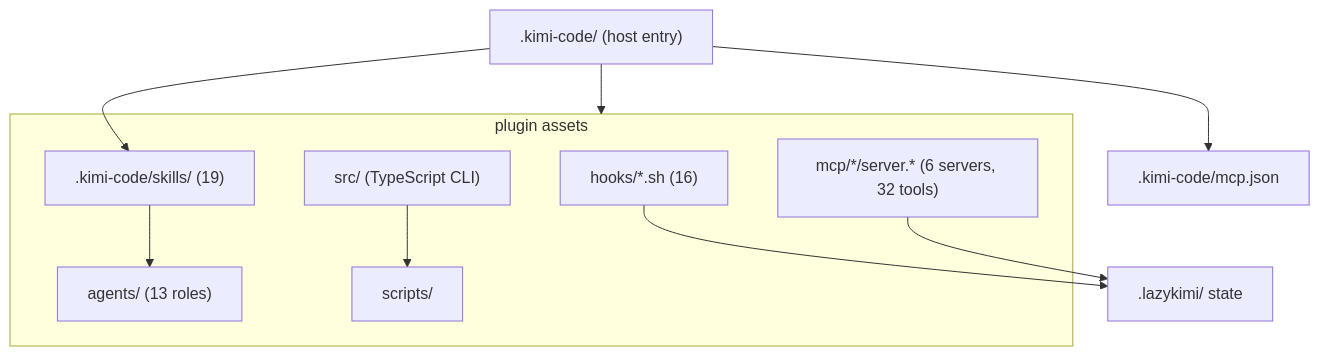
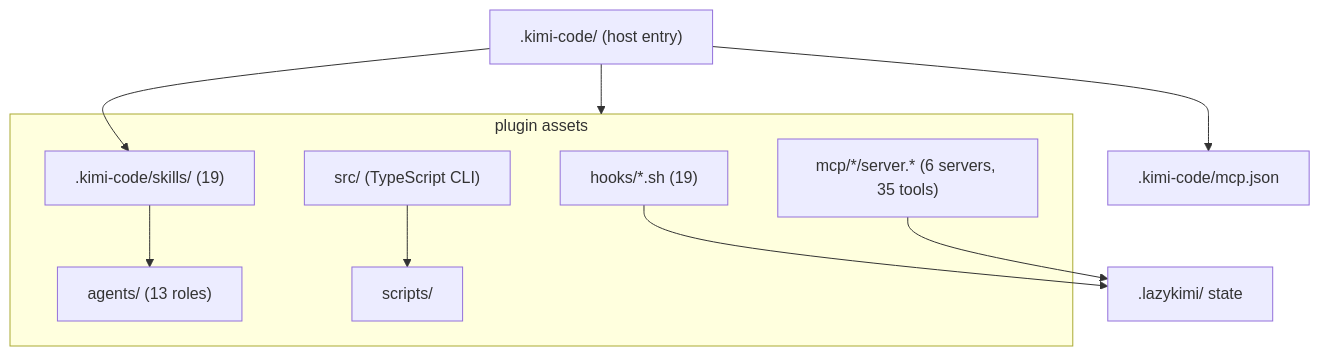
One commit to elvinzhao10/LazyKimi changed the diagram in docs/07-package-map.md. Above: the diagram before and after it, drawn with Mermaid. The commit also changed other lines of this file and 305 other files, not shown here.

````diff
--- a/docs/07-package-map.md
+++ b/docs/07-package-map.md
@@ -7,18 +7,18 @@
 ```mermaid
 flowchart TB
     KCDot[".kimi-code/ (host entry)"] --> Assets
     subgraph Assets["plugin assets"]
       Skills[".kimi-code/skills/ (19)"]
       Agents["agents/ (13 roles)"]
-      HookScripts["hooks/*.sh (16)"]
-      MCP["mcp/*/server.* (6 servers, 32 tools)"]
+      HookScripts["hooks/*.sh (19)"]
+      MCP["mcp/*/server.* (6 servers, 35 tools)"]
       CLI["src/ (TypeScript CLI)"]
       Scripts["scripts/"]
     end
     KCDot --> Skills
     KCDot --> MCPDecl[".kimi-code/mcp.json"]
     Skills --> Agents
     HookScripts --> State[".lazykimi/ state"]
     MCP --> State
     CLI --> Scripts
 ```
````
